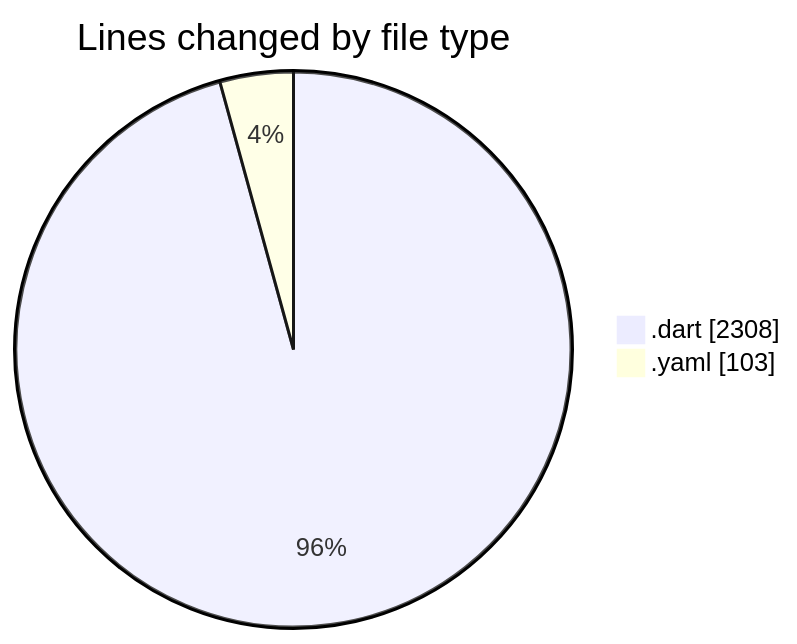
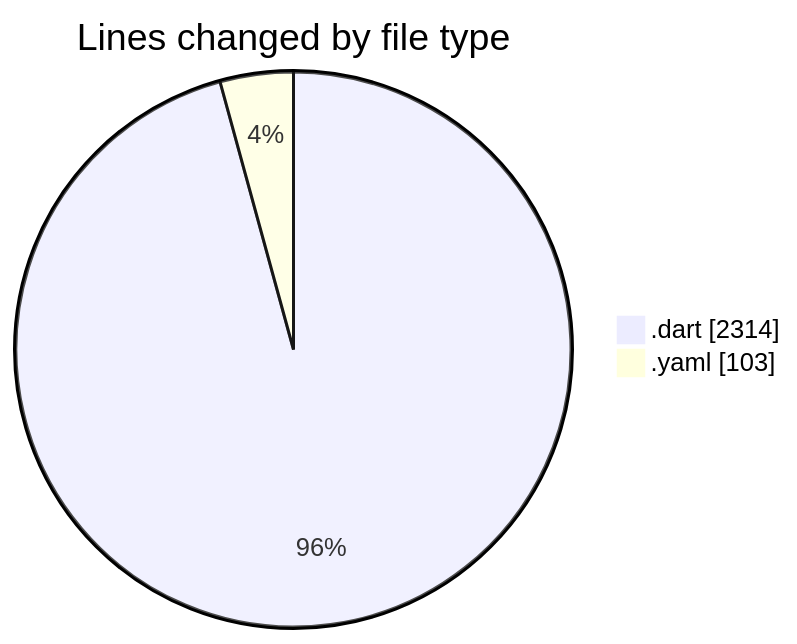
Before and after one commit to donsfak/code-tracking: the first of 2 diagrams in 2025-02-25/trackers_app/README.md, drawn with Mermaid. The commit also changed other lines of this file and 1 other file, not shown here.

````diff
--- a/2025-02-25/trackers_app/README.md
+++ b/2025-02-25/trackers_app/README.md
@@ -32,6 +32,6 @@
 ```mermaid
 pie showData
 title Lines changed by file type
-".dart" : 2308
+".dart" : 2314
 ".yaml" : 103
 ```
````
